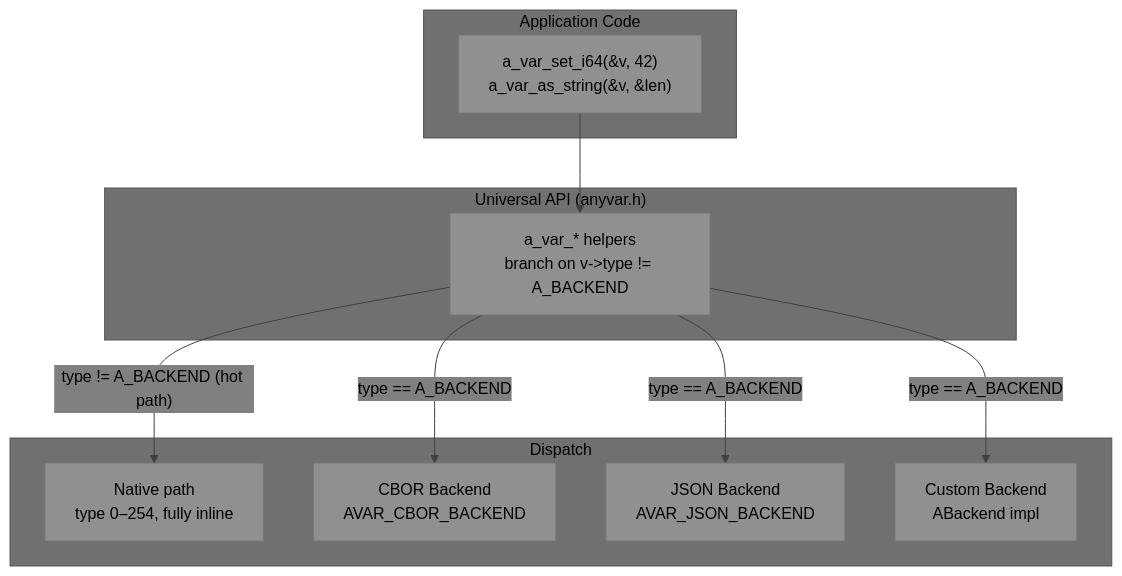
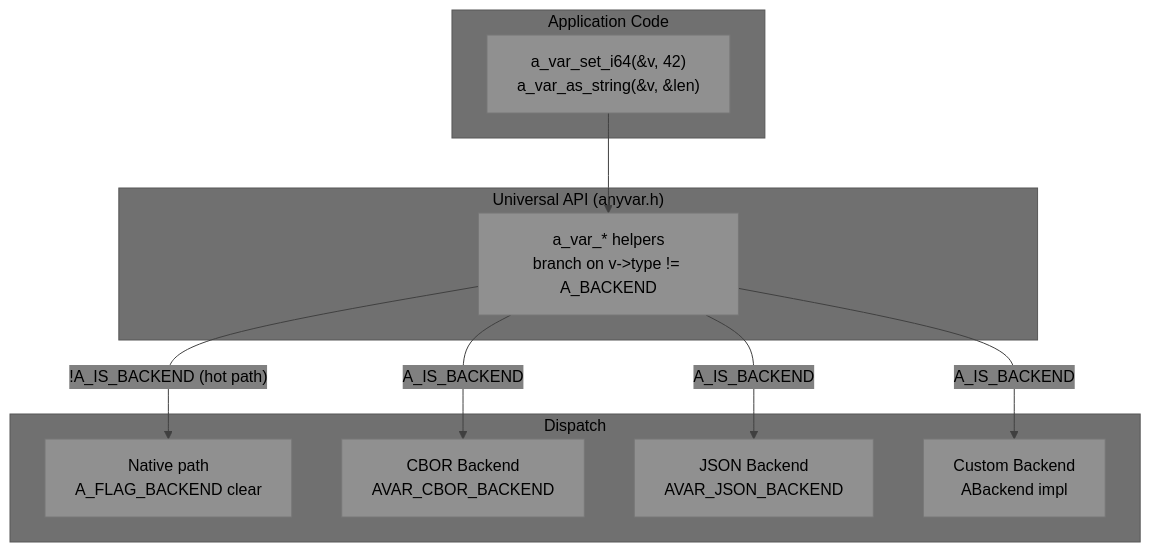
One commit to visionik/anyvar changed the third of 11 diagrams in README.md. Above: the diagram before and after it, drawn with Mermaid. The commit also changed other lines of this file, not shown here.

Commit message:
feat: A_FLAG_BACKEND bit 31, bool value in type, owned in type flags (v0.5.0)

````diff
--- a/README.md
+++ b/README.md
@@ -157,21 +160,21 @@
 ```mermaid
 %%{init: {'theme': 'base', 'themeVariables': { 'primaryColor': '#909090', 'secondaryColor': '#808080', 'tertiaryColor': '#707070', 'primaryTextColor': '#000000', 'secondaryTextColor': '#000000', 'tertiaryTextColor': '#000000', 'noteTextColor': '#000000', 'lineColor': '#404040' }}}%%
 graph TB
     subgraph "Application Code"
         APP["a_var_set_i64(&v, 42)<br/>a_var_as_string(&v, &len)"]
     end
     subgraph "Universal API (anyvar.h)"
         API["a_var_* helpers<br/>branch on v->type != A_BACKEND"]
     end
     subgraph "Dispatch"
-        NB["Native path<br/>type 0–254, fully inline"]
+        NB["Native path<br/>A_FLAG_BACKEND clear"]
         CB["CBOR Backend<br/>AVAR_CBOR_BACKEND"]
         JB["JSON Backend<br/>AVAR_JSON_BACKEND"]
         XB["Custom Backend<br/>ABackend impl"]
     end
     APP --> API
-    API -->|"type != A_BACKEND (hot path)"| NB
-    API -->|"type == A_BACKEND"| CB
-    API -->|"type == A_BACKEND"| JB
-    API -->|"type == A_BACKEND"| XB
+    API -->|"!A_IS_BACKEND (hot path)"| NB
+    API -->|"A_IS_BACKEND"| CB
+    API -->|"A_IS_BACKEND"| JB
+    API -->|"A_IS_BACKEND"| XB
 ```
````
